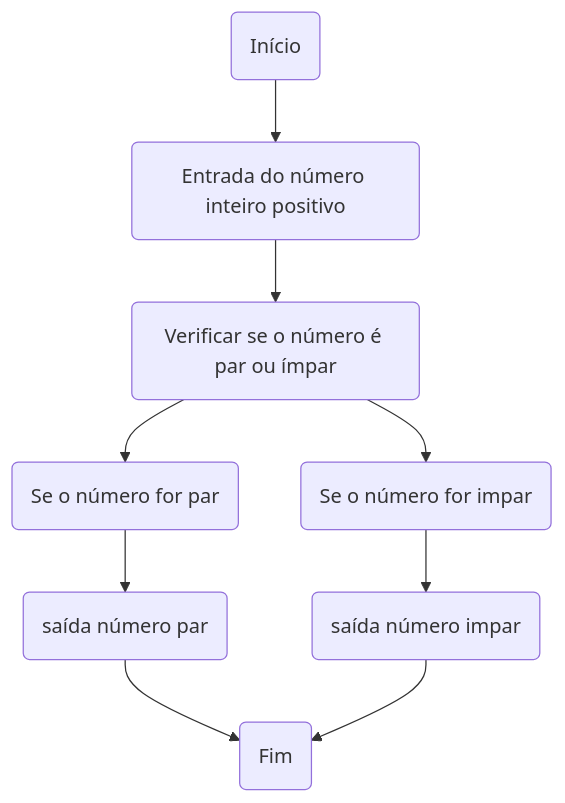
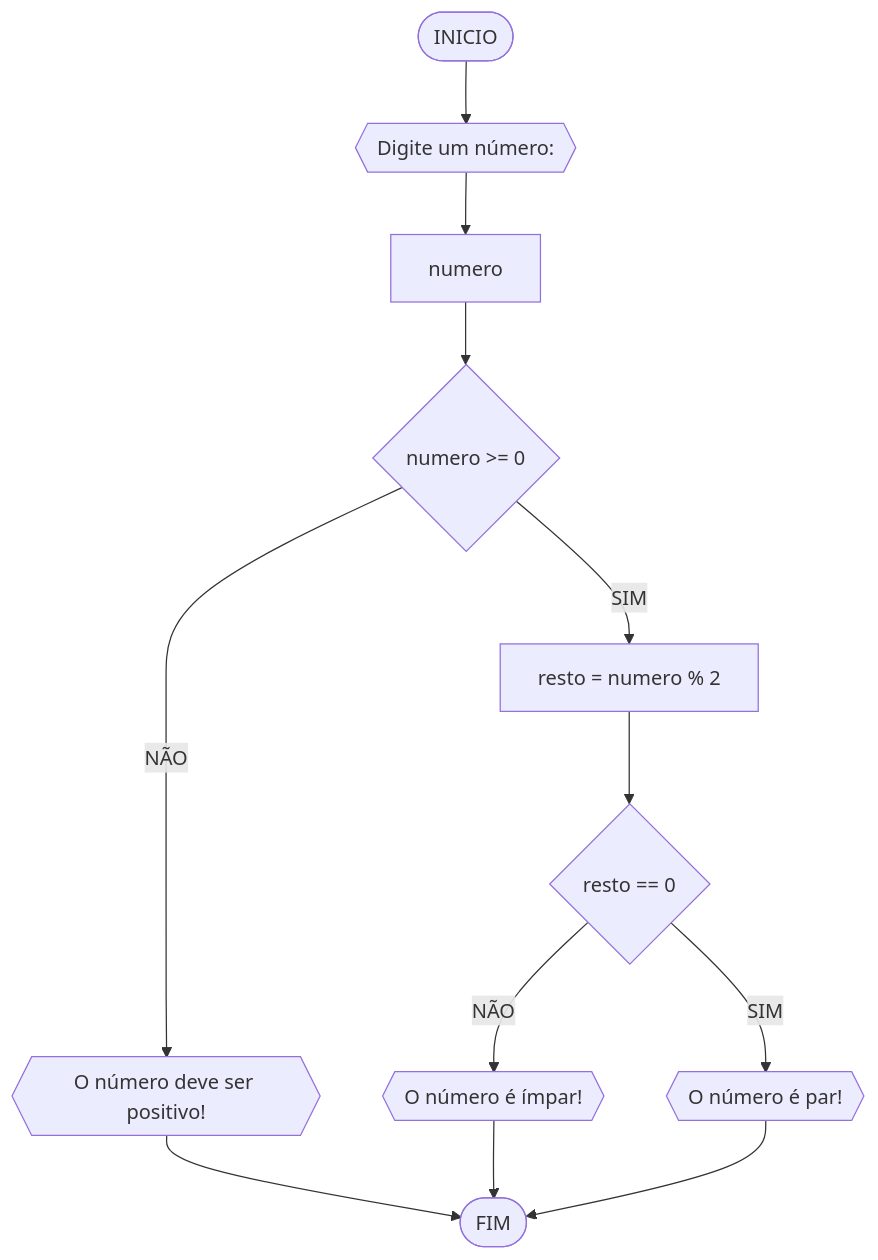
The third of 4 diagrams in RLA/unidade 1/lista1.md (cauaaguiar/unifor-), drawn with Mermaid before and after one commit. The commit also changed other lines of this file, not shown here.

````diff
--- a/RLA/unidade 1/lista1.md
+++ b/RLA/unidade 1/lista1.md
@@ -75,13 +76,13 @@
 ```mermaid
 flowchart TD
-
-    A(Início) --> B(Entrada do número inteiro positivo);
-    B --> C(Verificar se o número é par ou ímpar);
-    C --> D(Se o número for par);
-    D --> E(saída número par)
-    E --> F(Fim)
-    C --> G(Se o número for impar)
-    G --> H(saída número impar)
-    H -->F(Fim)
-
+A([INICIO]) --> B{{Digite um número: }}
+B --> C[numero]
+C --> D{numero >= 0}
+D --NÃO--> E{{O número deve ser positivo!}}
+E --> Z([FIM])
+D --SIM--> F[resto = numero % 2]
+F --> G{resto == 0}
+G --NÃO--> H{{O número é ímpar!}} --> Z([FIM])
+G --SIM--> I{{O número é par!}} 
+I --> Z([FIM])
 ```
````
